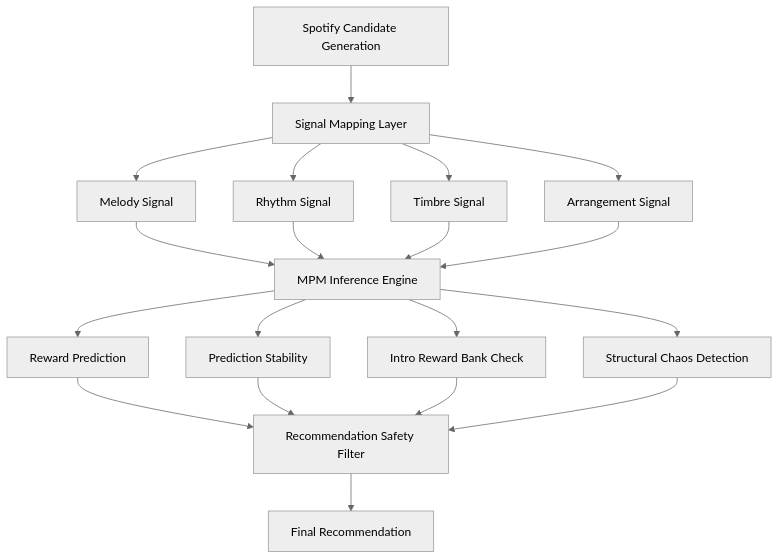
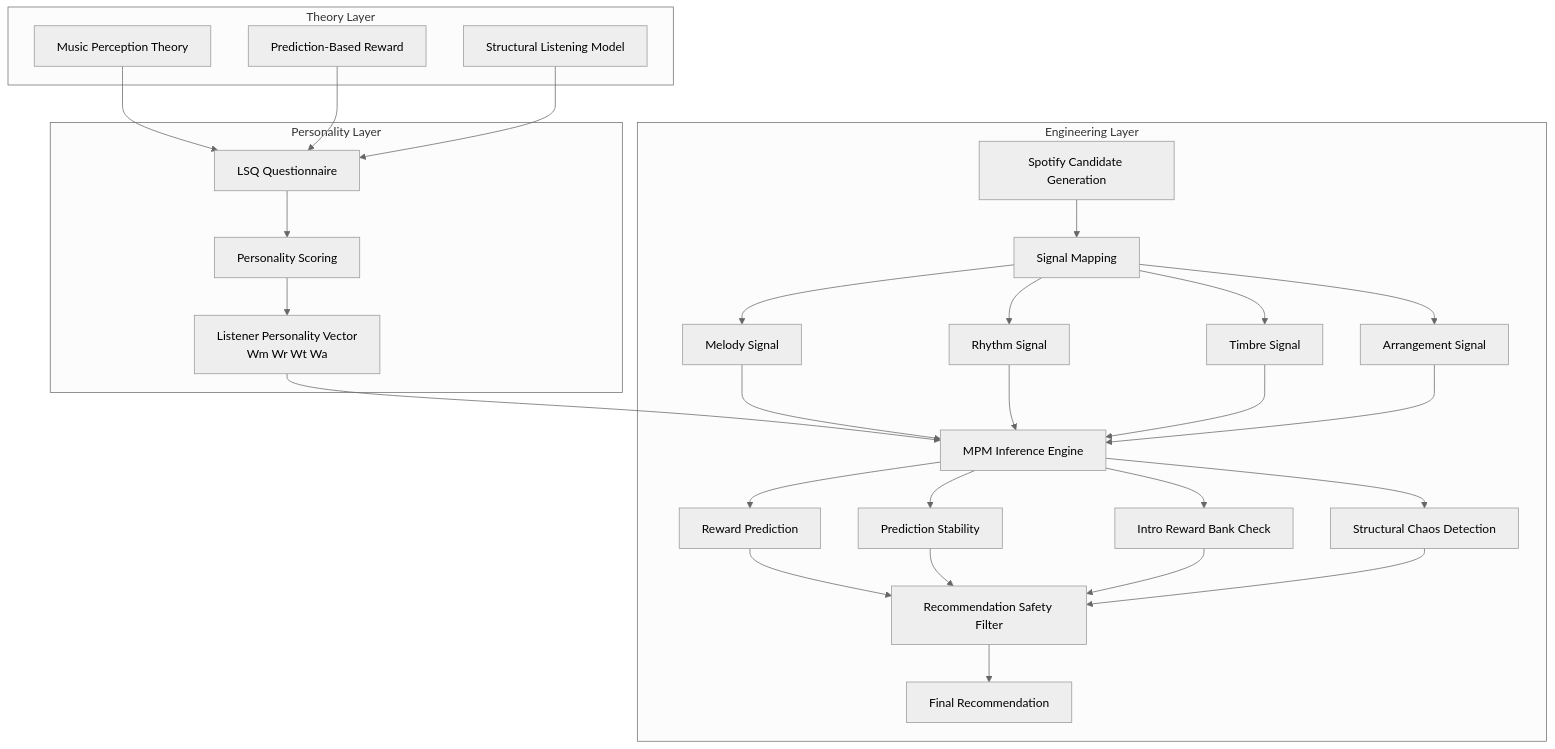
Before and after one commit to kei4king/Music-Personality-Model: the diagram in README.md, drawn with Mermaid (neutral theme). The commit also changed other lines of this file, not shown here.

````diff
--- a/README.md
+++ b/README.md
@@ -50,46 +49,72 @@
 ```mermaid
 flowchart TD
 
-A[Spotify Candidate Generation]
-B[Signal Mapping Layer]
+subgraph THEORY["Theory Layer"]
+T1[Music Perception Theory]
+T2[Prediction-Based Reward]
+T3[Structural Listening Model]
+end
 
-C[Melody Signal]
-D[Rhythm Signal]
-E[Timbre Signal]
-F[Arrangement Signal]
+subgraph PERSONALITY["Personality Layer"]
+P1[LSQ Questionnaire]
+P2[Personality Scoring]
+P3[Listener Personality Vector\nWm Wr Wt Wa]
+end
 
-G[MPM Inference Engine]
+subgraph ENGINEERING["Engineering Layer"]
 
-H[Reward Prediction]
-I[Prediction Stability]
-J[Intro Reward Bank Check]
-K[Structural Chaos Detection]
+E1[Spotify Candidate Generation]
 
-L[Recommendation Safety Filter]
+E2[Signal Mapping]
 
-M[Final Recommendation]
+E3[Melody Signal]
+E4[Rhythm Signal]
+E5[Timbre Signal]
+E6[Arrangement Signal]
 
-A --> B
+E7[MPM Inference Engine]
 
-B --> C
-B --> D
-B --> E
-B --> F
+E8[Reward Prediction]
+E9[Prediction Stability]
+E10[Intro Reward Bank Check]
+E11[Structural Chaos Detection]
 
-C --> G
-D --> G
-E --> G
-F --> G
+E12[Recommendation Safety Filter]
 
-G --> H
-G --> I
-G --> J
-G --> K
+E13[Final Recommendation]
 
-H --> L
-I --> L
-J --> L
-K --> L
+end
 
-L --> M
+T1 --> P1
+T2 --> P1
+T3 --> P1
+
+P1 --> P2
+P2 --> P3
+
+P3 --> E7
+
+E1 --> E2
+
+E2 --> E3
+E2 --> E4
+E2 --> E5
+E2 --> E6
+
+E3 --> E7
+E4 --> E7
+E5 --> E7
+E6 --> E7
+
+E7 --> E8
+E7 --> E9
+E7 --> E10
+E7 --> E11
+
+E8 --> E12
+E9 --> E12
+E10 --> E12
+E11 --> E12
+
+E12 --> E13
 ```
````
